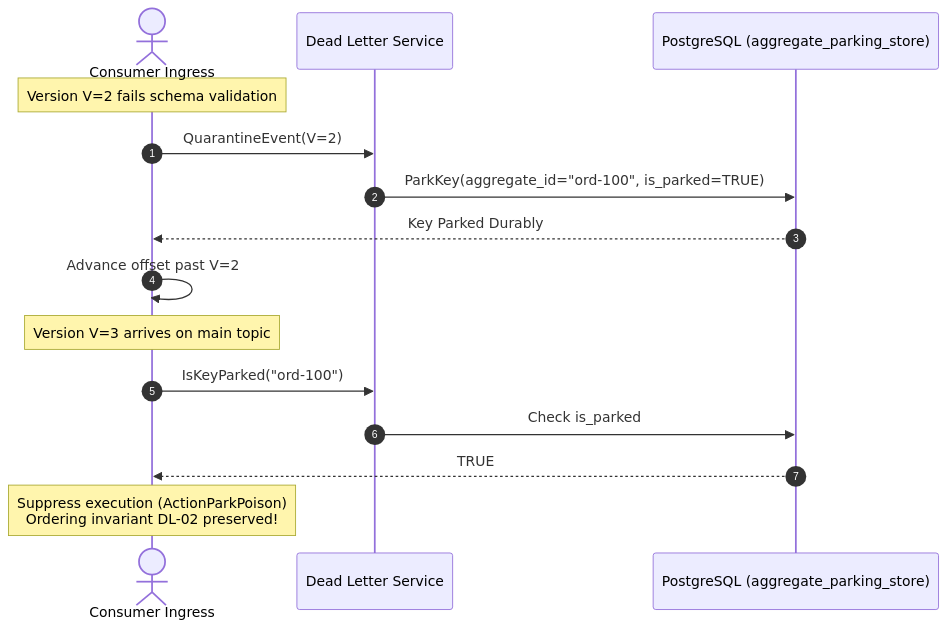
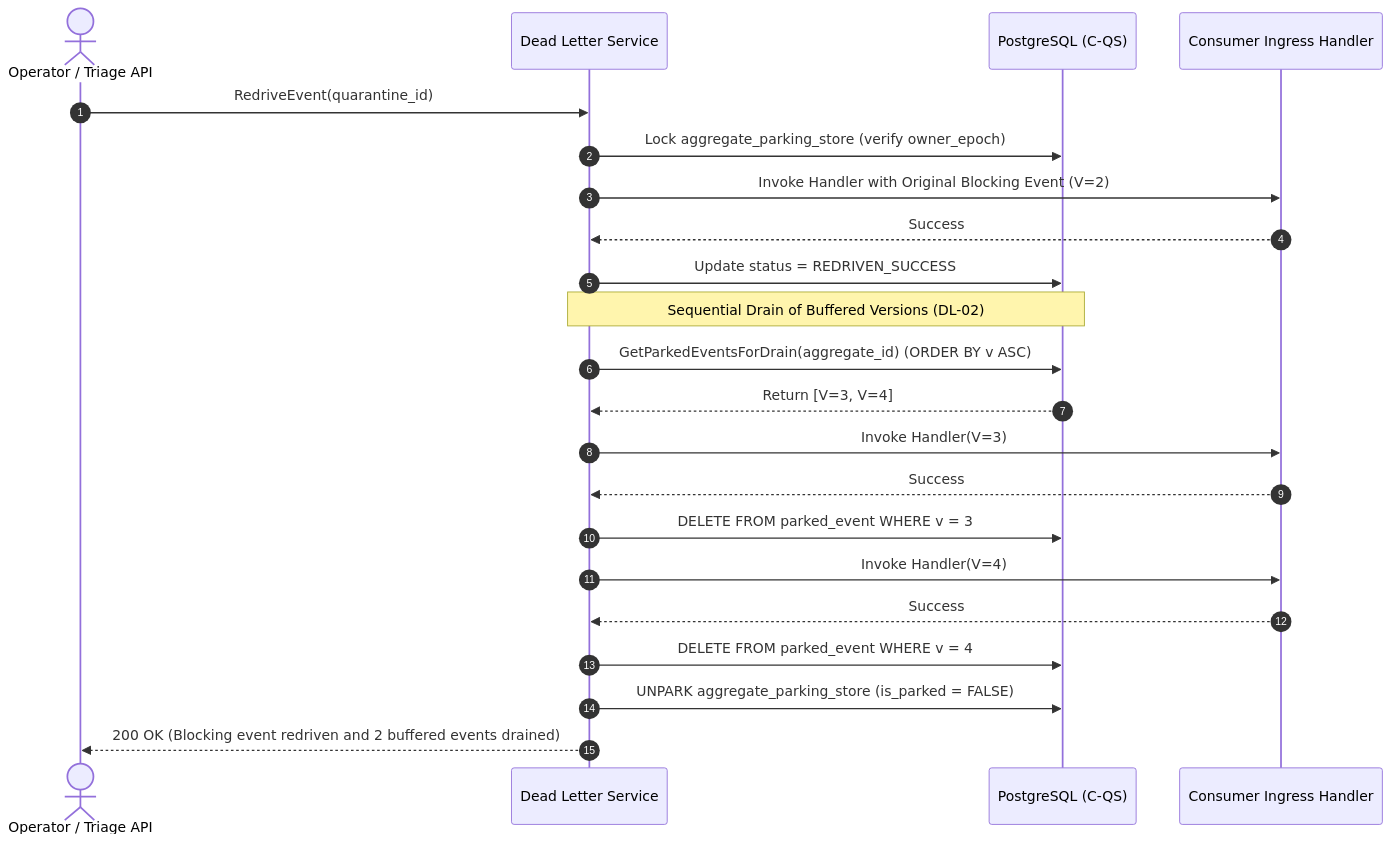
Before and after one commit to Chief-Strategist-J/event-driven-platform: the third of 3 diagrams in docs/features/dead-letter-handling/adr.md, drawn with Mermaid. The commit also changed other lines of this file and 13 other files, not shown here.

Commit message:
feat(dead-letter-handling): upgrade to v3 tree with attempt_record, parked_event sequential drain, ERD, and epoch fencing

````diff
--- a/docs/features/dead-letter-handling/adr.md
+++ b/docs/features/dead-letter-handling/adr.md
@@ -90,19 +186,29 @@
 ```mermaid
 sequenceDiagram
     autonumber
-    actor Consumer as Consumer Ingress
-    participant DLQ as Dead Letter Service
-    participant DB as PostgreSQL (aggregate_parking_store)
+    actor Operator as Operator / Triage API
+    participant Service as Dead Letter Service
+    participant DB as PostgreSQL (C-QS)
+    participant Handler as Consumer Ingress Handler
 
-    Note over Consumer: Version V=2 fails schema validation
-    Consumer->>DLQ: QuarantineEvent(V=2)
-    DLQ->>DB: ParkKey(aggregate_id="ord-100", is_parked=TRUE)
-    DB-->>Consumer: Key Parked Durably
-    Consumer->>Consumer: Advance offset past V=2
+    Operator->>Service: RedriveEvent(quarantine_id)
+    Service->>DB: Lock aggregate_parking_store (verify owner_epoch)
+    Service->>Handler: Invoke Handler with Original Blocking Event (V=2)
+    Handler-->>Service: Success
+    Service->>DB: Update status = REDRIVEN_SUCCESS
 
-    Note over Consumer: Version V=3 arrives on main topic
-    Consumer->>DLQ: IsKeyParked("ord-100")
-    DLQ->>DB: Check is_parked
-    DB-->>Consumer: TRUE
-    Note over Consumer: Suppress execution (ActionParkPoison)<br/>Ordering invariant DL-02 preserved!
+    Note over Service,DB: Sequential Drain of Buffered Versions (DL-02)
+    Service->>DB: GetParkedEventsForDrain(aggregate_id) (ORDER BY v ASC)
+    DB-->>Service: Return [V=3, V=4]
+    
+    Service->>Handler: Invoke Handler(V=3)
+    Handler-->>Service: Success
+    Service->>DB: DELETE FROM parked_event WHERE v = 3
+
+    Service->>Handler: Invoke Handler(V=4)
+    Handler-->>Service: Success
+    Service->>DB: DELETE FROM parked_event WHERE v = 4
+
+    Service->>DB: UNPARK aggregate_parking_store (is_parked = FALSE)
+    Service-->>Operator: 200 OK (Blocking event redriven and 2 buffered events drained)
 ```
````
